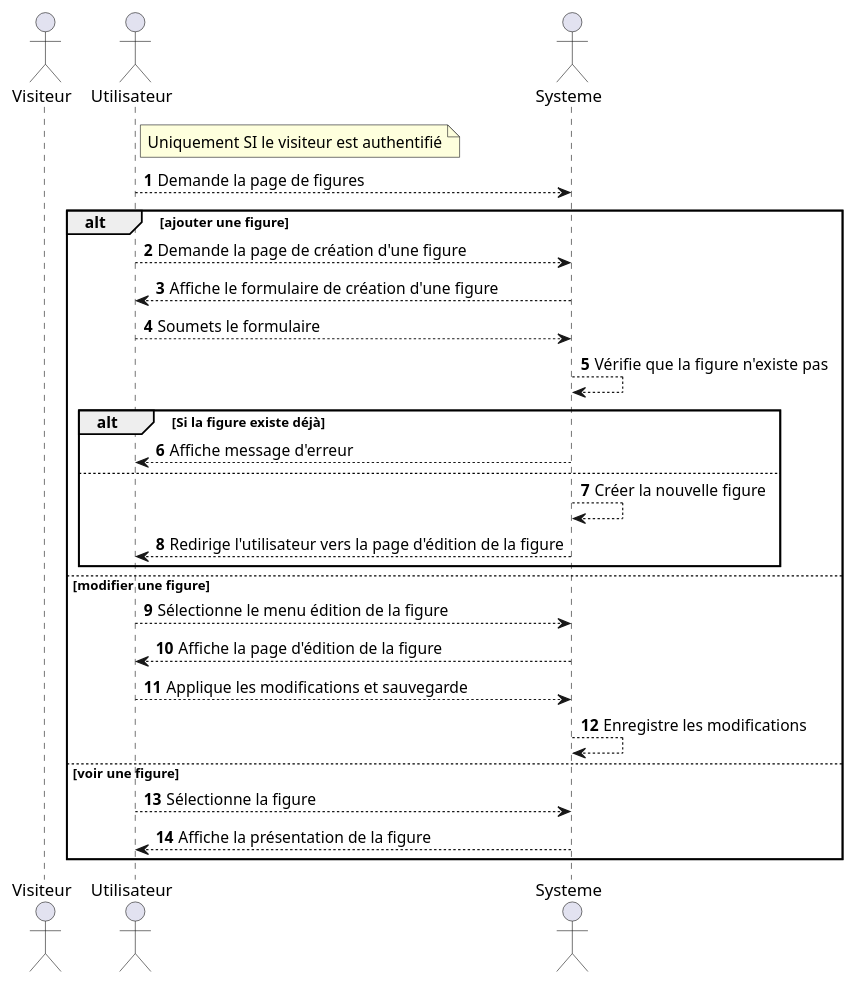
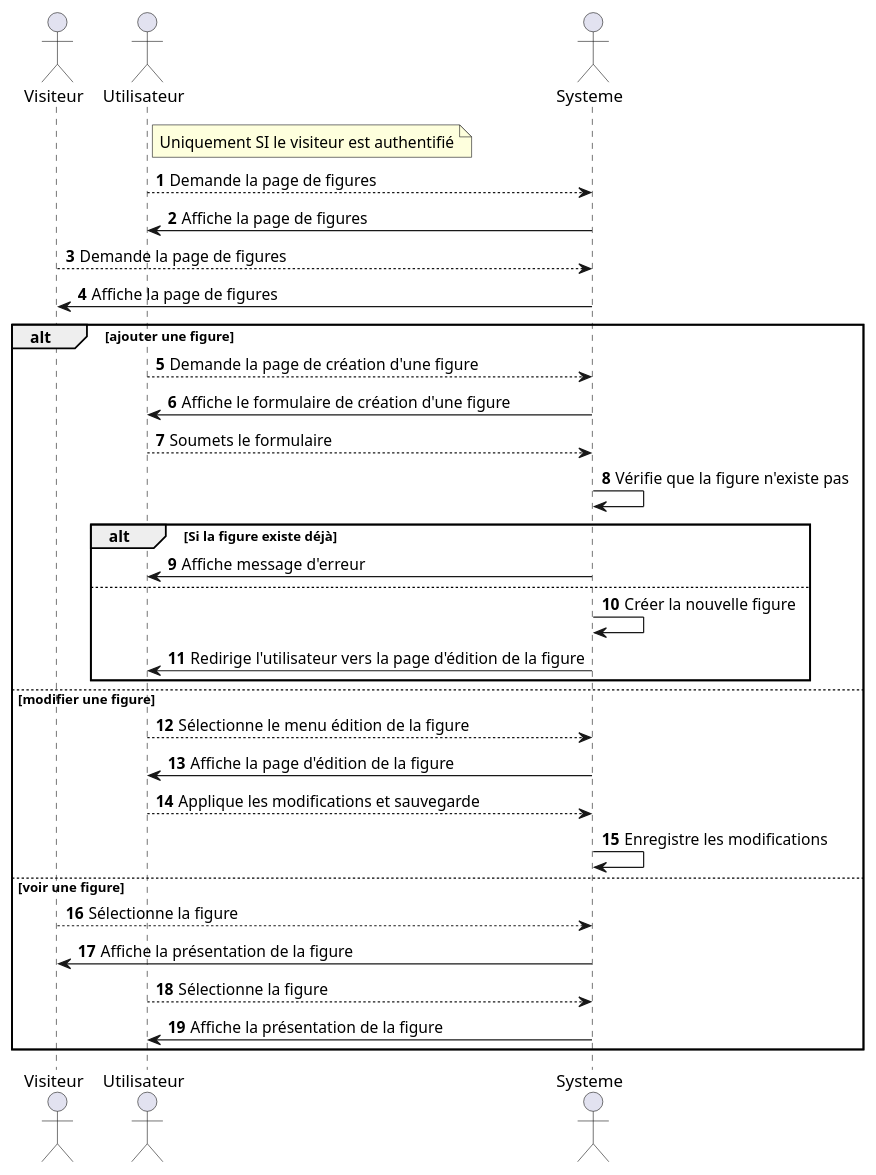
The diagram in domains/Sequence/GestionFigure.puml (MickaelMoley/ocr-p6-snowboard), drawn with PlantUML before and after one commit. The commit also changed 4 other files, not shown here.

Commit message:
Update domains UML

```diff
--- a/domains/Sequence/GestionFigure.puml
+++ b/domains/Sequence/GestionFigure.puml
@@ -1,37 +1,43 @@
-@startuml
+@startuml GestionFigure
 'https://plantuml.com/sequence-diagram
 
 autonumber
 actor Visiteur
 actor Utilisateur
 actor Systeme
 
 note right of Utilisateur: Uniquement SI le visiteur est authentifié
 
 Utilisateur --> Systeme: Demande la page de figures
+Systeme -> Utilisateur: Affiche la page de figures
+
+Visiteur --> Systeme: Demande la page de figures
+Systeme -> Visiteur: Affiche la page de figures
 
 alt ajouter une figure
 Utilisateur --> Systeme: Demande la page de création d'une figure
-Systeme --> Utilisateur: Affiche le formulaire de création d'une figure
+Systeme -> Utilisateur: Affiche le formulaire de création d'une figure
 Utilisateur --> Systeme: Soumets le formulaire
-Systeme --> Systeme: Vérifie que la figure n'existe pas
+Systeme -> Systeme: Vérifie que la figure n'existe pas
 alt Si la figure existe déjà
-    Systeme --> Utilisateur: Affiche message d'erreur
+    Systeme -> Utilisateur: Affiche message d'erreur
 
 else
-    Systeme --> Systeme: Créer la nouvelle figure
-    Systeme --> Utilisateur: Redirige l'utilisateur vers la page d'édition de la figure
+    Systeme -> Systeme: Créer la nouvelle figure
+    Systeme -> Utilisateur: Redirige l'utilisateur vers la page d'édition de la figure
 end
 else modifier une figure
     Utilisateur --> Systeme: Sélectionne le menu édition de la figure
-    Systeme --> Utilisateur: Affiche la page d'édition de la figure
+    Systeme -> Utilisateur: Affiche la page d'édition de la figure
     Utilisateur --> Systeme: Applique les modifications et sauvegarde
-    Systeme --> Systeme: Enregistre les modifications
+    Systeme -> Systeme: Enregistre les modifications
 
 else voir une figure
+    Visiteur --> Systeme: Sélectionne la figure
+    Systeme -> Visiteur: Affiche la présentation de la figure
     Utilisateur --> Systeme: Sélectionne la figure
-    Systeme --> Utilisateur: Affiche la présentation de la figure
+    Systeme -> Utilisateur: Affiche la présentation de la figure
 end
 
 
 @enduml
```
